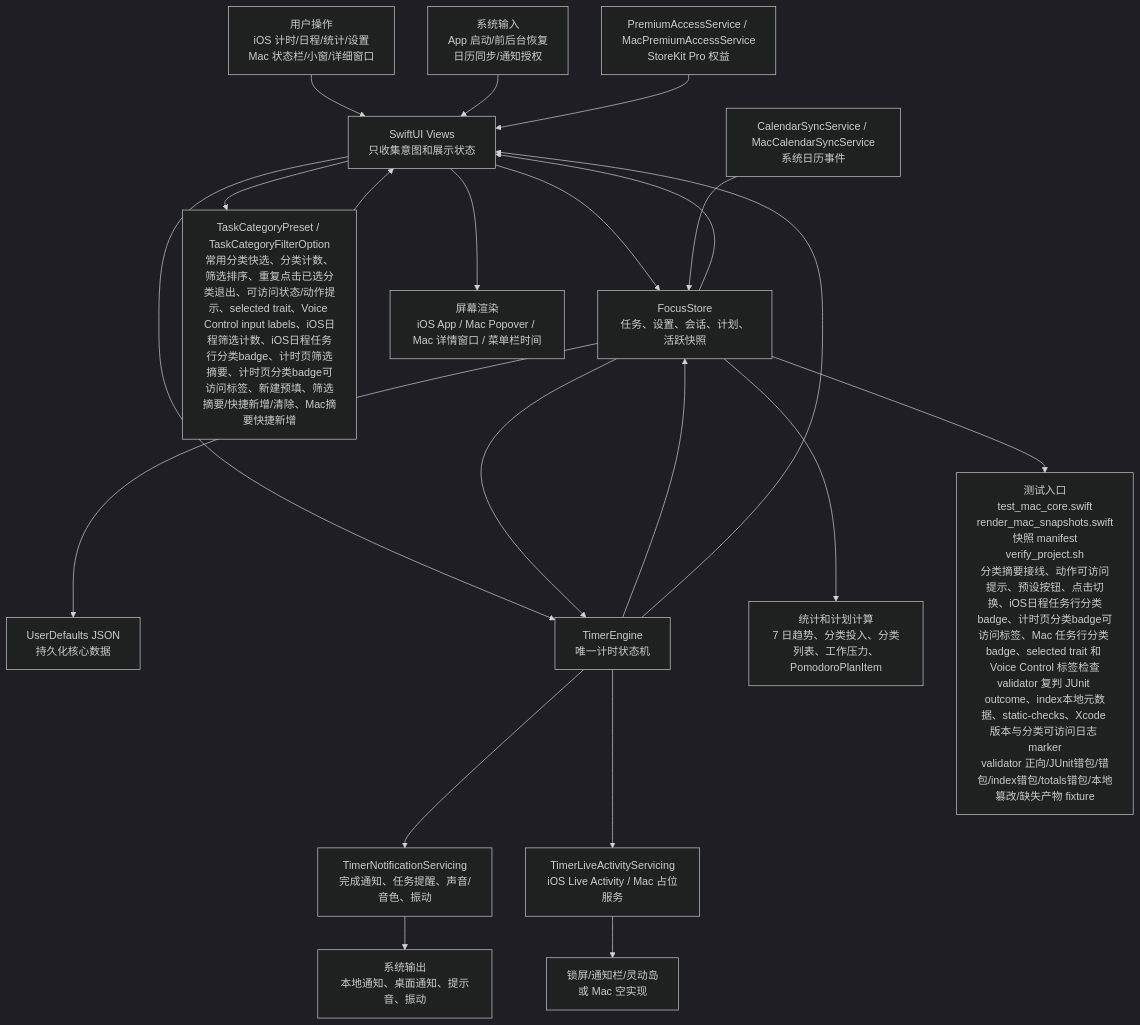
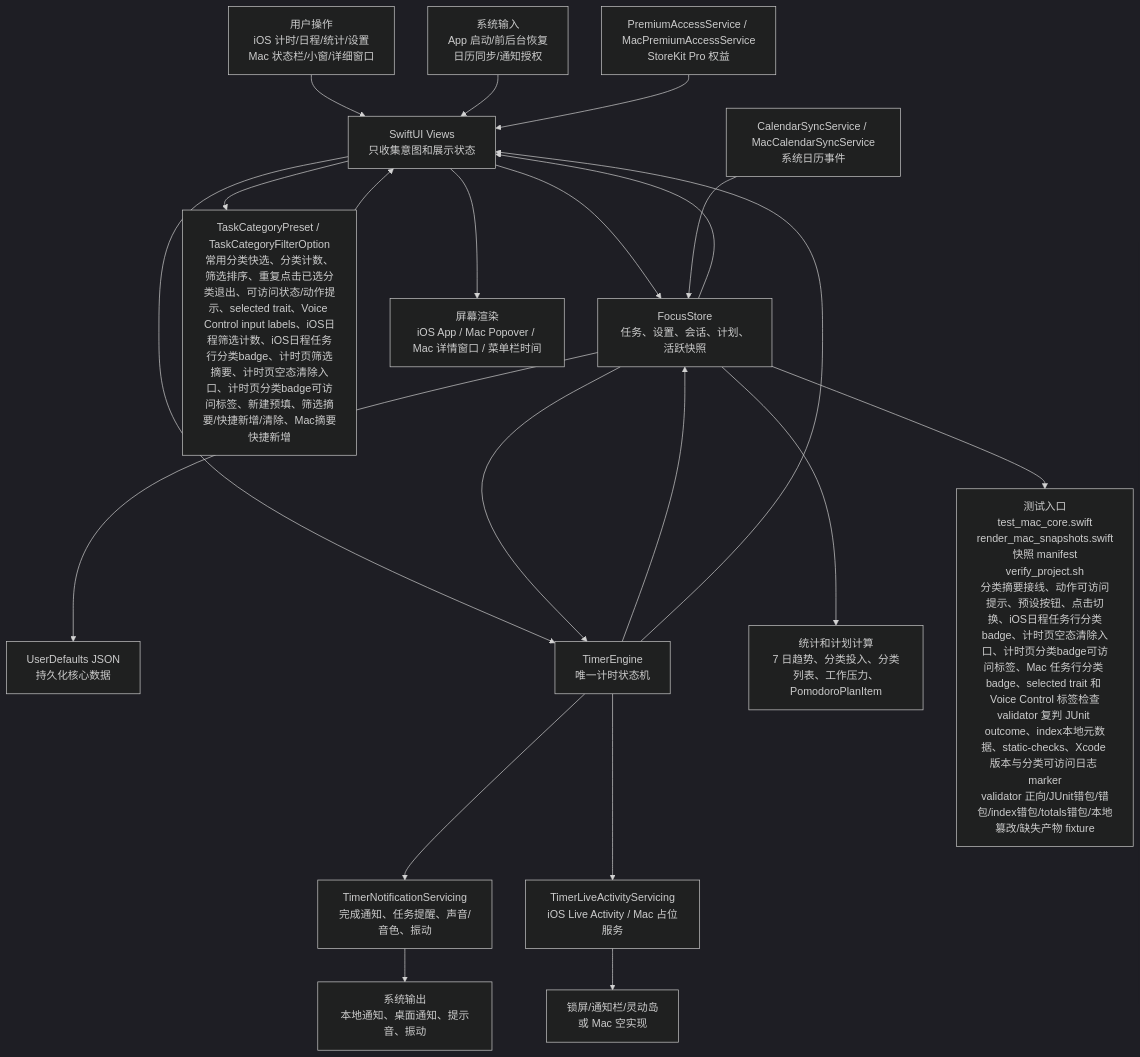
One commit to Altman-sam114/114 changed the first of 6 diagrams in md/flow/flowchart.md. Above: the diagram before and after it, drawn with Mermaid (dark theme). The commit also changed other lines of this file and 7 other files, not shown here.

````diff
--- a/md/flow/flowchart.md
+++ b/md/flow/flowchart.md
@@ -9,23 +9,23 @@
 ```mermaid
 flowchart TD
   U["用户操作<br/>iOS 计时/日程/统计/设置<br/>Mac 状态栏/小窗/详细窗口"] --> V["SwiftUI Views<br/>只收集意图和展示状态"]
   SYS["系统输入<br/>App 启动/前后台恢复<br/>日历同步/通知授权"] --> V
   V --> S["FocusStore<br/>任务、设置、会话、计划、活跃快照"]
-  V --> CAT["TaskCategoryPreset / TaskCategoryFilterOption<br/>常用分类快选、分类计数、筛选排序、重复点击已选分类退出、可访问状态/动作提示、selected trait、Voice Control input labels、iOS日程筛选计数、iOS日程任务行分类badge、计时页筛选摘要、计时页分类badge可访问标签、新建预填、筛选摘要/快捷新增/清除、Mac摘要快捷新增"]
+  V --> CAT["TaskCategoryPreset / TaskCategoryFilterOption<br/>常用分类快选、分类计数、筛选排序、重复点击已选分类退出、可访问状态/动作提示、selected trait、Voice Control input labels、iOS日程筛选计数、iOS日程任务行分类badge、计时页筛选摘要、计时页空态清除入口、计时页分类badge可访问标签、新建预填、筛选摘要/快捷新增/清除、Mac摘要快捷新增"]
   CAT --> V
   S --> P["UserDefaults JSON<br/>持久化核心数据"]
   V --> E["TimerEngine<br/>唯一计时状态机"]
   S --> E
   E --> S
   E --> N["TimerNotificationServicing<br/>完成通知、任务提醒、声音/音色、振动"]
   E --> L["TimerLiveActivityServicing<br/>iOS Live Activity / Mac 占位服务"]
   S --> C["统计和计划计算<br/>7 日趋势、分类投入、分类列表、工作压力、PomodoroPlanItem"]
   CAL["CalendarSyncService / MacCalendarSyncService<br/>系统日历事件"] --> S
   PRO["PremiumAccessService / MacPremiumAccessService<br/>StoreKit Pro 权益"] --> V
   S --> V
   E --> V
   V --> OUT["屏幕渲染<br/>iOS App / Mac Popover / Mac 详情窗口 / 菜单栏时间"]
   N --> OUT2["系统输出<br/>本地通知、桌面通知、提示音、振动"]
   L --> OUT3["锁屏/通知栏/灵动岛<br/>或 Mac 空实现"]
-  S --> T["测试入口<br/>test_mac_core.swift<br/>render_mac_snapshots.swift<br/>快照 manifest<br/>verify_project.sh<br/>分类摘要接线、动作可访问提示、预设按钮、点击切换、iOS日程任务行分类badge、计时页分类badge可访问标签、Mac 任务行分类 badge、selected trait 和 Voice Control 标签检查<br/>validator 复判 JUnit outcome、index本地元数据、static-checks、Xcode 版本与分类可访问日志 marker<br/>validator 正向/JUnit错包/错包/index错包/totals错包/本地篡改/缺失产物 fixture"]
+  S --> T["测试入口<br/>test_mac_core.swift<br/>render_mac_snapshots.swift<br/>快照 manifest<br/>verify_project.sh<br/>分类摘要接线、动作可访问提示、预设按钮、点击切换、iOS日程任务行分类badge、计时页空态清除入口、计时页分类badge可访问标签、Mac 任务行分类 badge、selected trait 和 Voice Control 标签检查<br/>validator 复判 JUnit outcome、index本地元数据、static-checks、Xcode 版本与分类可访问日志 marker<br/>validator 正向/JUnit错包/错包/index错包/totals错包/本地篡改/缺失产物 fixture"]
 ```
````
